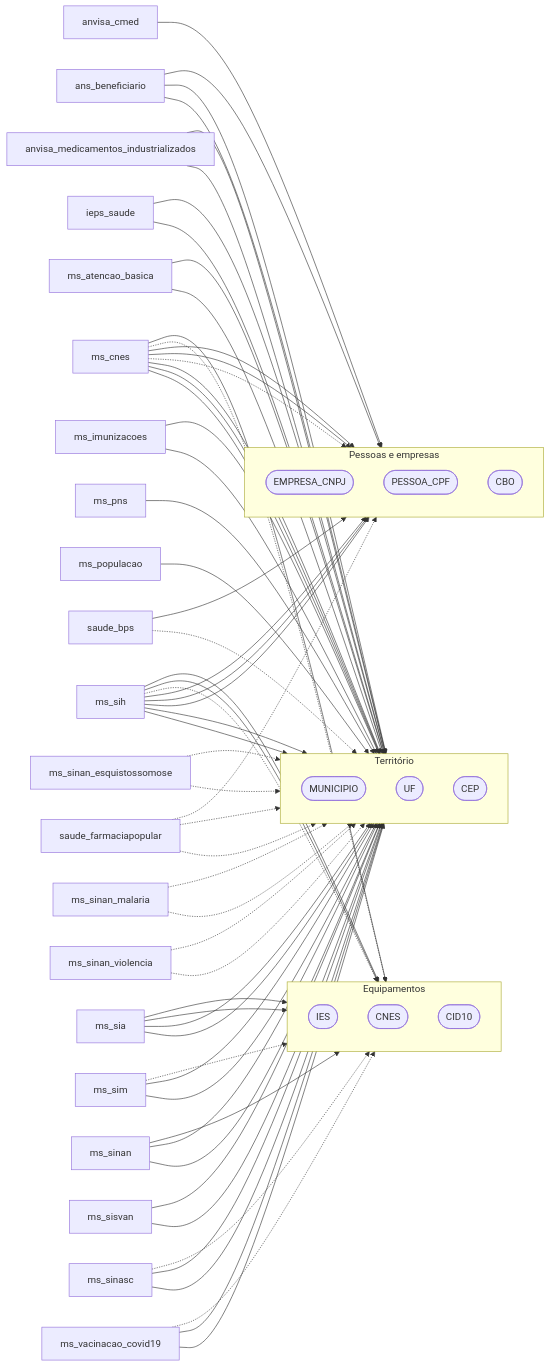
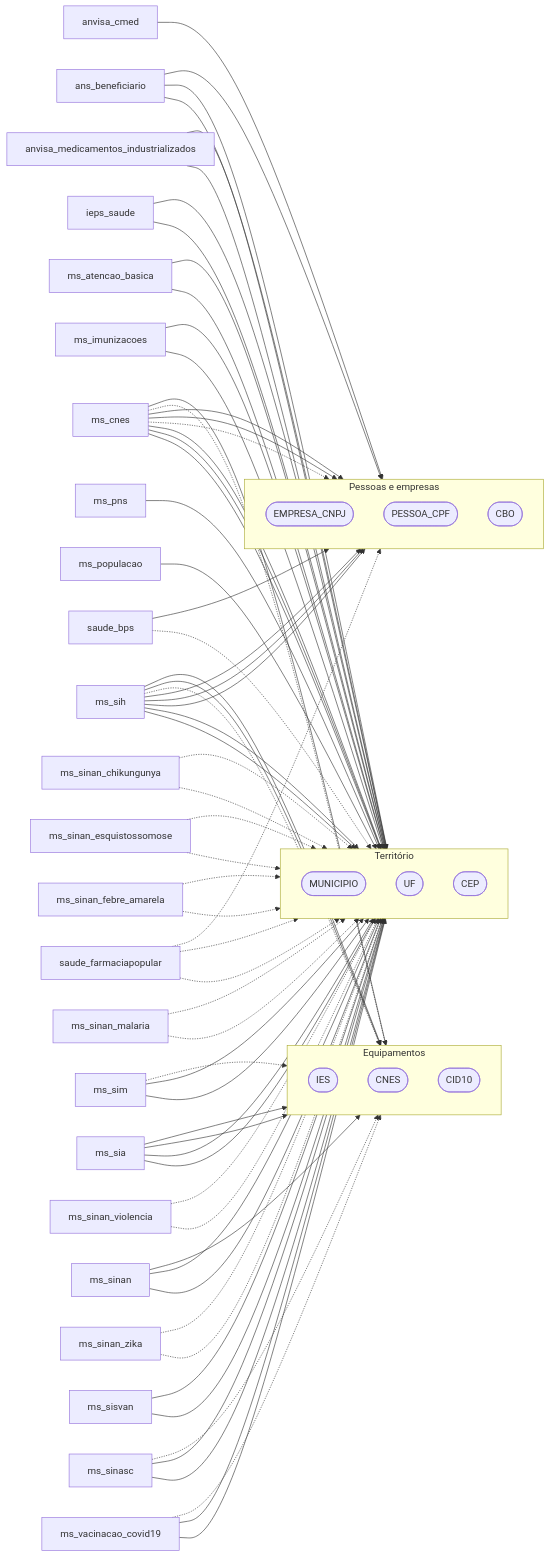
One commit to rafapolo/rodado changed the third of 12 diagrams in docs/Flow.md. Above: the diagram before and after it, drawn with Mermaid. The commit also changed other lines of this file and 17 other files, not shown here.

```diff
--- a/docs/Flow.md
+++ b/docs/Flow.md
@@ -186,9 +189,12 @@
     saude_br_ms_sih["ms_sih"]
     saude_br_ms_sim["ms_sim"]
     saude_br_ms_sinan["ms_sinan"]
+    saude_br_ms_sinan_chikungunya["ms_sinan_chikungunya"]
     saude_br_ms_sinan_esquistossomose["ms_sinan_esquistossomose"]
+    saude_br_ms_sinan_febre_amarela["ms_sinan_febre_amarela"]
     saude_br_ms_sinan_malaria["ms_sinan_malaria"]
     saude_br_ms_sinan_violencia["ms_sinan_violencia"]
+    saude_br_ms_sinan_zika["ms_sinan_zika"]
     saude_br_ms_sinasc["ms_sinasc"]
     saude_br_ms_sisvan["ms_sisvan"]
     saude_br_ms_vacinacao_covid19["ms_vacinacao_covid19"]
@@ -252,12 +258,18 @@
     saude_br_ms_sinan --> saude_CNES
     saude_br_ms_sinan --> saude_MUNICIPIO
     saude_br_ms_sinan --> saude_UF
+    saude_br_ms_sinan_chikungunya -.-> saude_MUNICIPIO
+    saude_br_ms_sinan_chikungunya -.-> saude_UF
     saude_br_ms_sinan_esquistossomose -.-> saude_MUNICIPIO
     saude_br_ms_sinan_esquistossomose -.-> saude_UF
+    saude_br_ms_sinan_febre_amarela -.-> saude_MUNICIPIO
+    saude_br_ms_sinan_febre_amarela -.-> saude_UF
     saude_br_ms_sinan_malaria -.-> saude_MUNICIPIO
     saude_br_ms_sinan_malaria -.-> saude_UF
     saude_br_ms_sinan_violencia -.-> saude_MUNICIPIO
     saude_br_ms_sinan_violencia -.-> saude_UF
+    saude_br_ms_sinan_zika -.-> saude_MUNICIPIO
+    saude_br_ms_sinan_zika -.-> saude_UF
     saude_br_ms_sinasc -.-> saude_CNES
     saude_br_ms_sinasc --> saude_MUNICIPIO
     saude_br_ms_sinasc --> saude_UF
```
